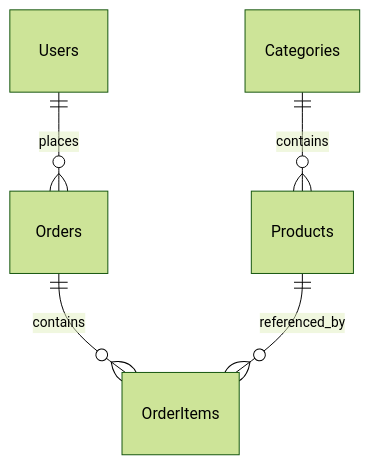
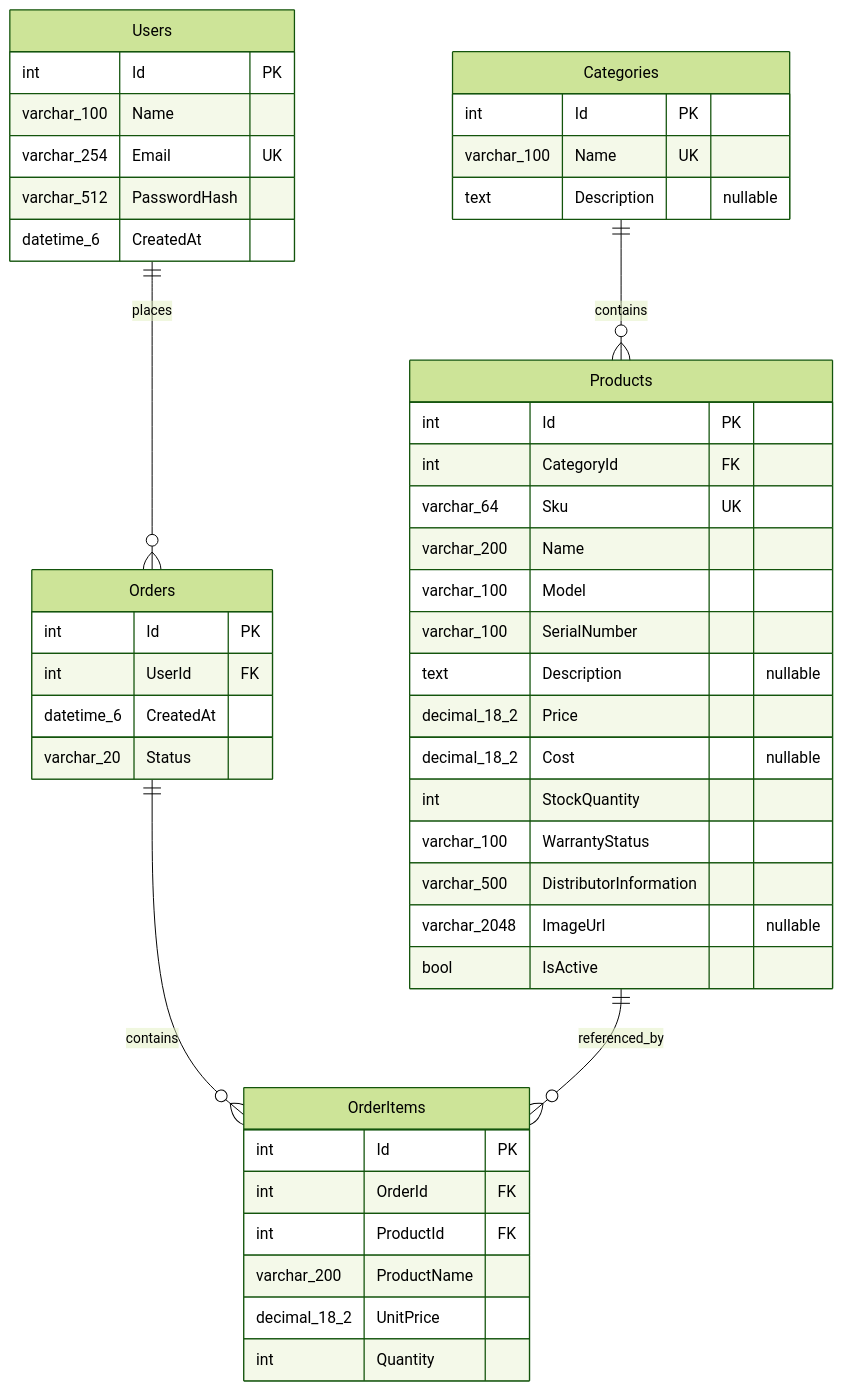
Before and after one commit to efegormus/cs308: the diagram in docs/database-schema.md, drawn with Mermaid (forest theme). The commit also changed other lines of this file and 4 other files, not shown here.

Commit message:
SCRUM-39: Align schema documentation with course requirements

````diff
--- a/docs/database-schema.md
+++ b/docs/database-schema.md
@@ -48,7 +14,49 @@
 ```mermaid
 erDiagram
     Categories ||--o{ Products : contains
     Users ||--o{ Orders : places
     Orders ||--o{ OrderItems : contains
     Products ||--o{ OrderItems : referenced_by
+    Categories {
+        int Id PK
+        varchar_100 Name UK
+        text Description "nullable"
+    }
+    Products {
+        int Id PK
+        int CategoryId FK
+        varchar_64 Sku UK
+        varchar_200 Name
+        varchar_100 Model
+        varchar_100 SerialNumber
+        text Description "nullable"
+        decimal_18_2 Price
+        decimal_18_2 Cost "nullable"
+        int StockQuantity
+        varchar_100 WarrantyStatus
+        varchar_500 DistributorInformation
+        varchar_2048 ImageUrl "nullable"
+        bool IsActive
+    }
+    Users {
+        int Id PK
+        varchar_100 Name
+        varchar_254 Email UK
+        varchar_512 PasswordHash
+        datetime_6 CreatedAt
+    }
+    Orders {
+        int Id PK
+        int UserId FK
+        datetime_6 CreatedAt
+        varchar_20 Status
+    }
+    OrderItems {
+        int Id PK
+        int OrderId FK
+        int ProductId FK
+        varchar_200 ProductName
+        decimal_18_2 UnitPrice
+        int Quantity
+    }
 ```
````
